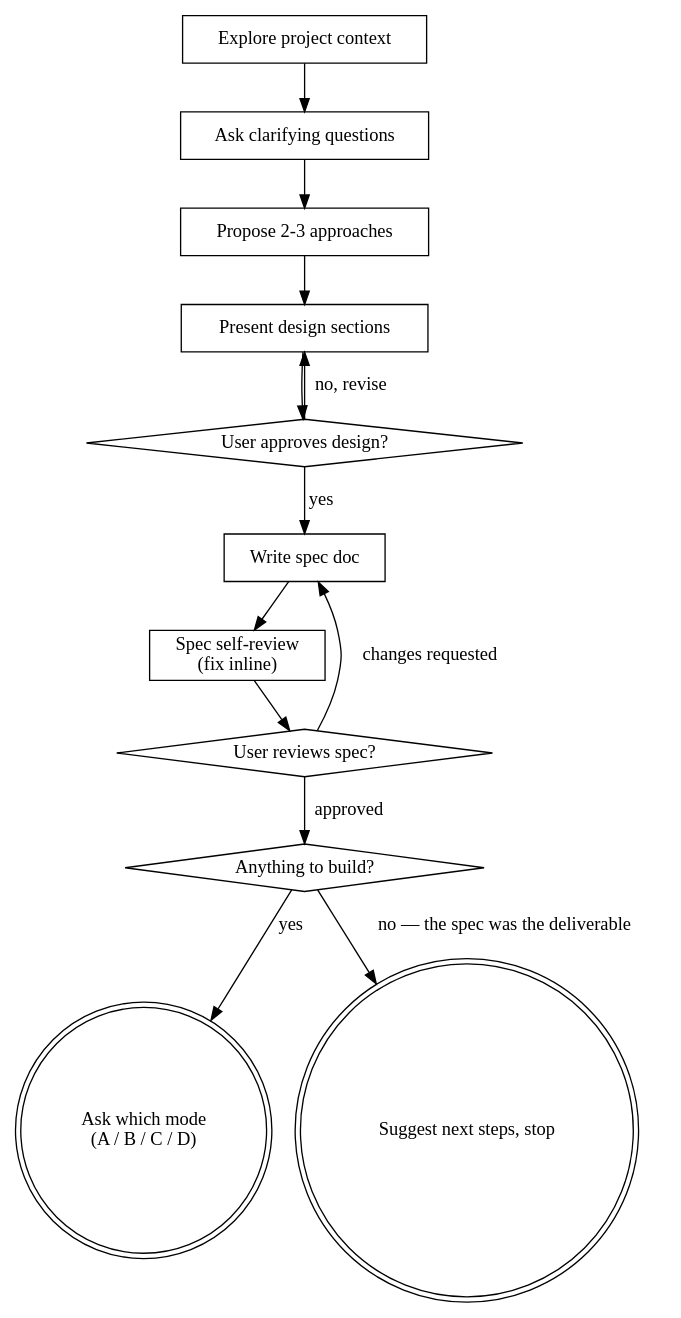
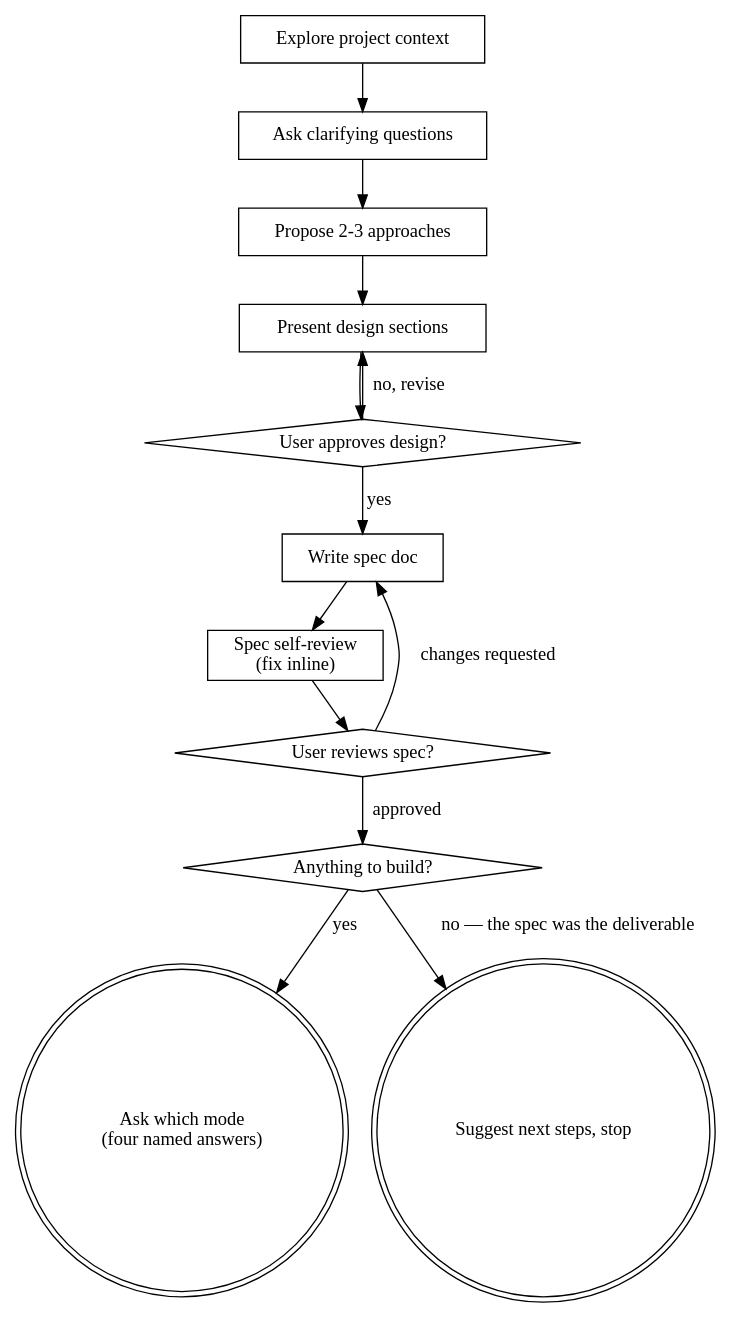
The diagram in plugins/clankit-dev/skills/brainstorming/SKILL.md (mrgawrys/clankit), drawn with Graphviz before and after one commit. The commit also changed other lines of this file, not shown here.

````diff
--- a/plugins/clankit-dev/skills/brainstorming/SKILL.md
+++ b/plugins/clankit-dev/skills/brainstorming/SKILL.md
@@ -61,28 +61,28 @@
 ```dot
 digraph brainstorming {
     "Explore project context" [shape=box];
     "Ask clarifying questions" [shape=box];
     "Propose 2-3 approaches" [shape=box];
     "Present design sections" [shape=box];
     "User approves design?" [shape=diamond];
     "Write spec doc" [shape=box];
     "Spec self-review\n(fix inline)" [shape=box];
     "User reviews spec?" [shape=diamond];
     "Anything to build?" [shape=diamond];
-    "Ask which mode\n(A / B / C / D)" [shape=doublecircle];
+    "Ask which mode\n(four named answers)" [shape=doublecircle];
     "Suggest next steps, stop" [shape=doublecircle];
 
     "Explore project context" -> "Ask clarifying questions";
     "Ask clarifying questions" -> "Propose 2-3 approaches";
     "Propose 2-3 approaches" -> "Present design sections";
     "Present design sections" -> "User approves design?";
     "User approves design?" -> "Present design sections" [label="no, revise"];
     "User approves design?" -> "Write spec doc" [label="yes"];
     "Write spec doc" -> "Spec self-review\n(fix inline)";
     "Spec self-review\n(fix inline)" -> "User reviews spec?";
     "User reviews spec?" -> "Write spec doc" [label="changes requested"];
     "User reviews spec?" -> "Anything to build?" [label="approved"];
-    "Anything to build?" -> "Ask which mode\n(A / B / C / D)" [label="yes"];
+    "Anything to build?" -> "Ask which mode\n(four named answers)" [label="yes"];
     "Anything to build?" -> "Suggest next steps, stop" [label="no — the spec was the deliverable"];
 }
 ```
````
